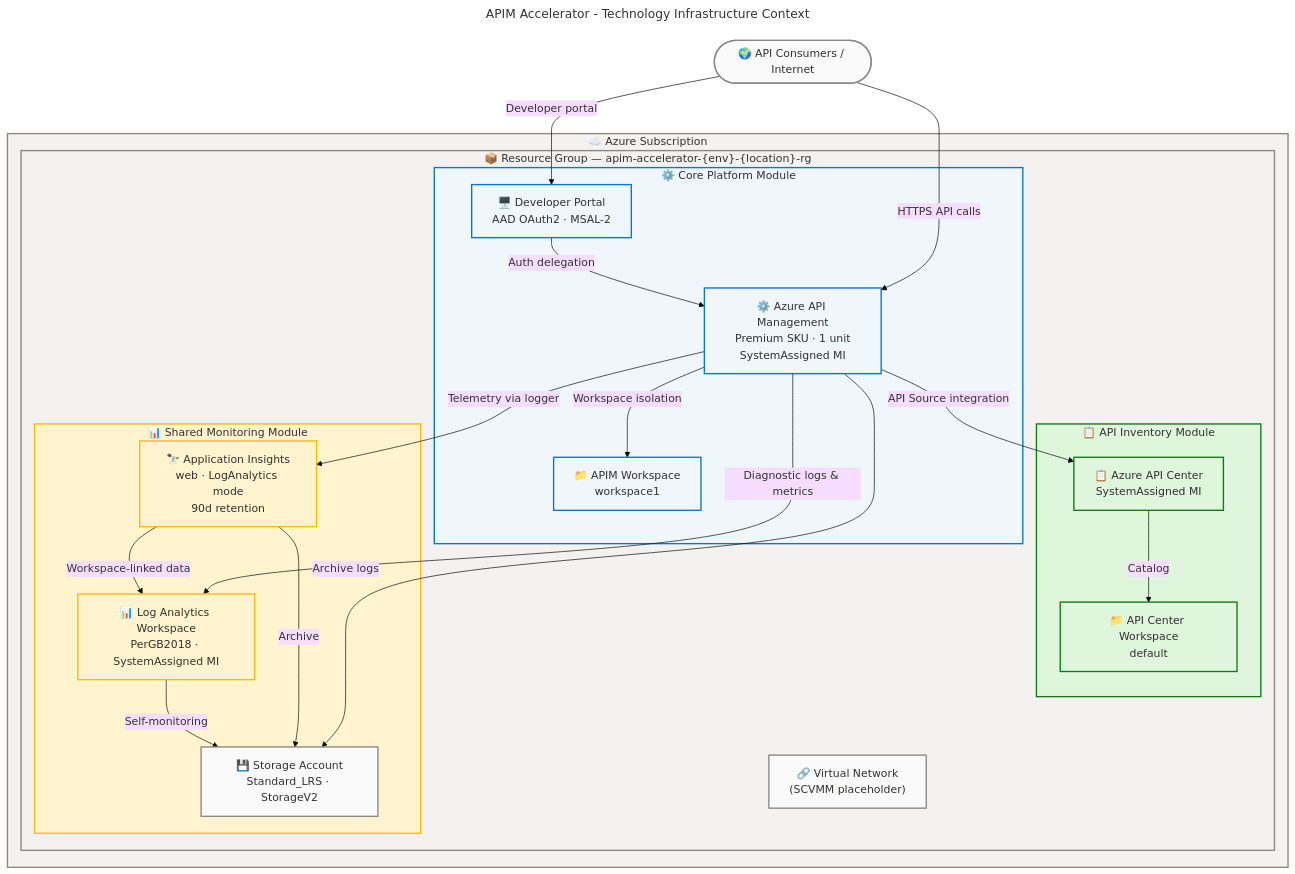
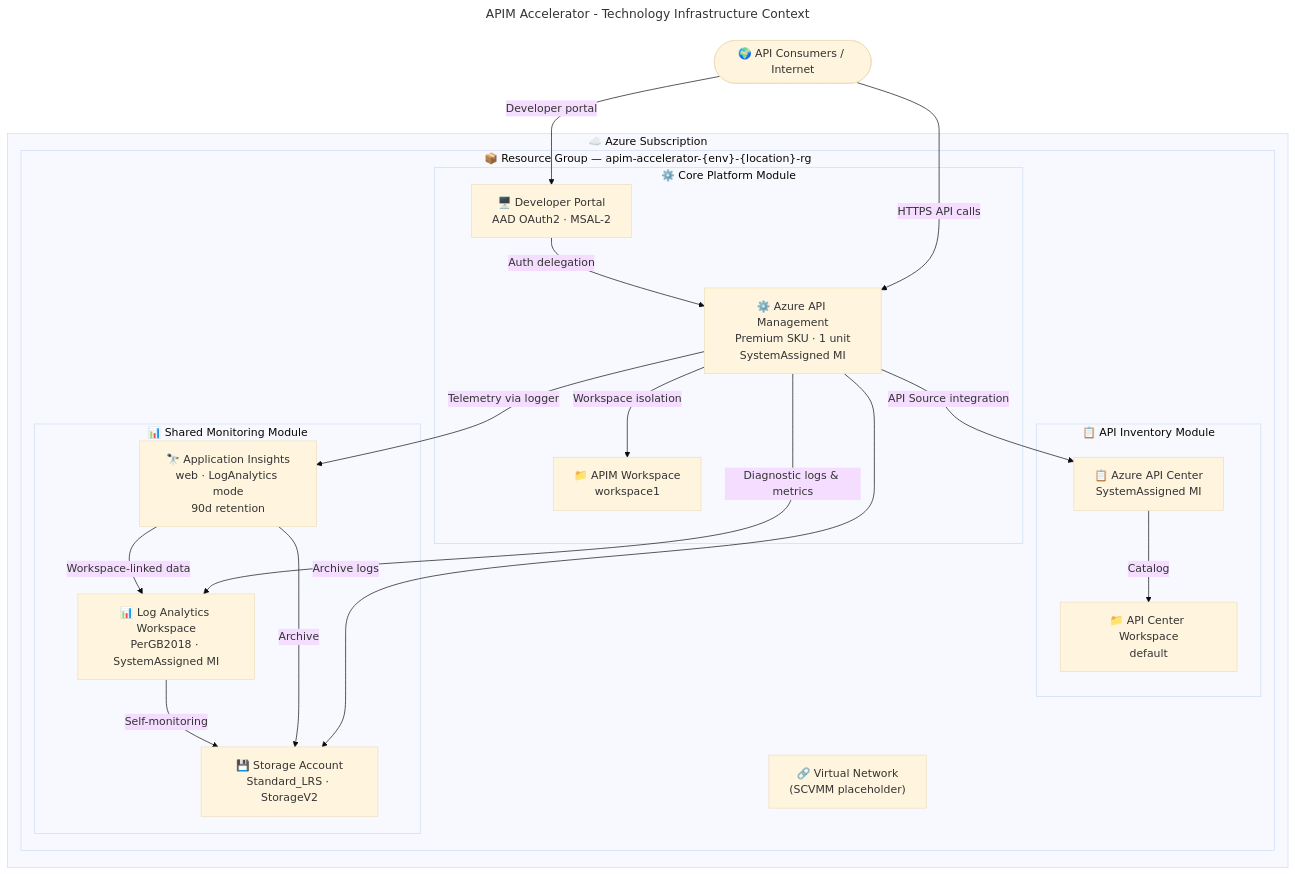
The first of 2 diagrams in docs/architecture/technology-architecture.md (Evilazaro/APIM-Accelerator), drawn with Mermaid before and after one commit. The commit also changed other lines of this file, not shown here.

Commit message:
style: remove redundant comments and streamline flowchart styles for improved clarity in technology architecture documentation

````diff
--- a/docs/architecture/technology-architecture.md
+++ b/docs/architecture/technology-architecture.md
@@ -277,79 +277,58 @@
 ```mermaid
 ---
 title: "APIM Accelerator - Technology Infrastructure Context"
 config:
   theme: base
   look: classic
   layout: dagre
   themeVariables:
     fontSize: '16px'
   flowchart:
     htmlLabels: true
 ---
 flowchart TB
     accTitle: APIM Accelerator Technology Infrastructure Context
     accDescr: Shows all 23 Azure technology components organized within the resource group and their primary connectivity relationships
 
-    %% ═══════════════════════════════════════════════════════════════════════════
-    %% AZURE / FLUENT ARCHITECTURE PATTERN v1.1
-    %% (Semantic + Structural + Font + Accessibility Governance)
-    %% ═══════════════════════════════════════════════════════════════════════════
-    %% PHASE 1 - FLUENT UI: All styling uses approved Fluent UI palette only
-    %% PHASE 2 - GROUPS: Every subgraph has semantic color via style directive
-    %% PHASE 3 - COMPONENTS: Every node has semantic classDef + icon prefix
-    %% PHASE 4 - ACCESSIBILITY: accTitle/accDescr present, WCAG AA contrast
-    %% PHASE 5 - STANDARD: Governance block present, classDefs centralized
-    %% ═══════════════════════════════════════════════════════════════════════════
 
     Internet(["🌍 API Consumers / Internet"]):::neutral
 
     subgraph AzSub["☁️ Azure Subscription"]
         subgraph RG["📦 Resource Group — apim-accelerator-{env}-{location}-rg"]
 
             subgraph CorePlatform["⚙️ Core Platform Module"]
                 APIM["⚙️ Azure API Management\nPremium SKU · 1 unit\nSystemAssigned MI"]:::core
                 DevPortal["🖥️ Developer Portal\nAAD OAuth2 · MSAL-2"]:::core
                 WS["📁 APIM Workspace\nworkspace1"]:::core
             end
 
             subgraph Inventory["📋 API Inventory Module"]
                 APICenter["📋 Azure API Center\nSystemAssigned MI"]:::success
                 APICWorkspace["📁 API Center Workspace\ndefault"]:::success
             end
 
             subgraph SharedMon["📊 Shared Monitoring Module"]
                 LAW["📊 Log Analytics Workspace\nPerGB2018 · SystemAssigned MI"]:::warning
                 AppIns["🔭 Application Insights\nweb · LogAnalytics mode\n90d retention"]:::warning
                 StorageAcct["💾 Storage Account\nStandard_LRS · StorageV2"]:::neutral
             end
 
             VNet["🔗 Virtual Network\n(SCVMM placeholder)"]:::neutral
         end
     end
 
     Internet -->|HTTPS API calls| APIM
     Internet -->|Developer portal| DevPortal
     DevPortal -->|Auth delegation| APIM
     APIM -->|Workspace isolation| WS
     APIM -->|API Source integration| APICenter
     APICenter -->|Catalog| APICWorkspace
     APIM -->|Diagnostic logs & metrics| LAW
     APIM -->|Telemetry via logger| AppIns
     APIM -->|Archive logs| StorageAcct
     AppIns -->|Workspace-linked data| LAW
     AppIns -->|Archive| StorageAcct
     LAW -->|Self-monitoring| StorageAcct
 
-    %% Centralized classDefs — AZURE/FLUENT v1.1 canonical palette — WCAG AA compliant
-    classDef core fill:#EFF6FC,stroke:#0078D4,stroke-width:2px,color:#323130
-    classDef success fill:#DFF6DD,stroke:#107C10,stroke-width:2px,color:#323130
-    classDef warning fill:#FFF4CE,stroke:#FFB900,stroke-width:2px,color:#323130
-    classDef neutral fill:#FAFAFA,stroke:#8A8886,stroke-width:2px,color:#323130
 
-    %% Subgraph styling (no class directive on subgraphs — use style)
-    style AzSub fill:#F3F2F1,stroke:#8A8886,stroke-width:2px,color:#323130
-    style RG fill:#F3F2F1,stroke:#8A8886,stroke-width:2px,color:#323130
-    style CorePlatform fill:#EFF6FC,stroke:#0078D4,stroke-width:2px,color:#323130
-    style Inventory fill:#DFF6DD,stroke:#107C10,stroke-width:2px,color:#323130
-    style SharedMon fill:#FFF4CE,stroke:#FFB900,stroke-width:2px,color:#323130
 ```
````
